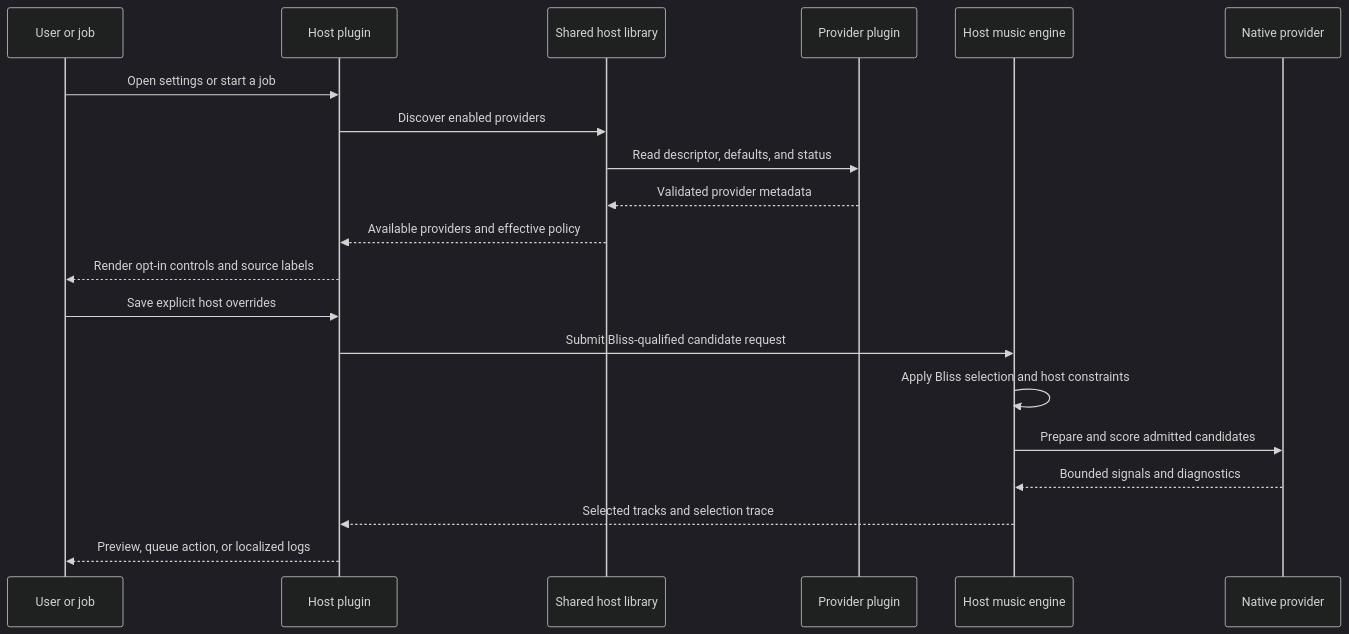
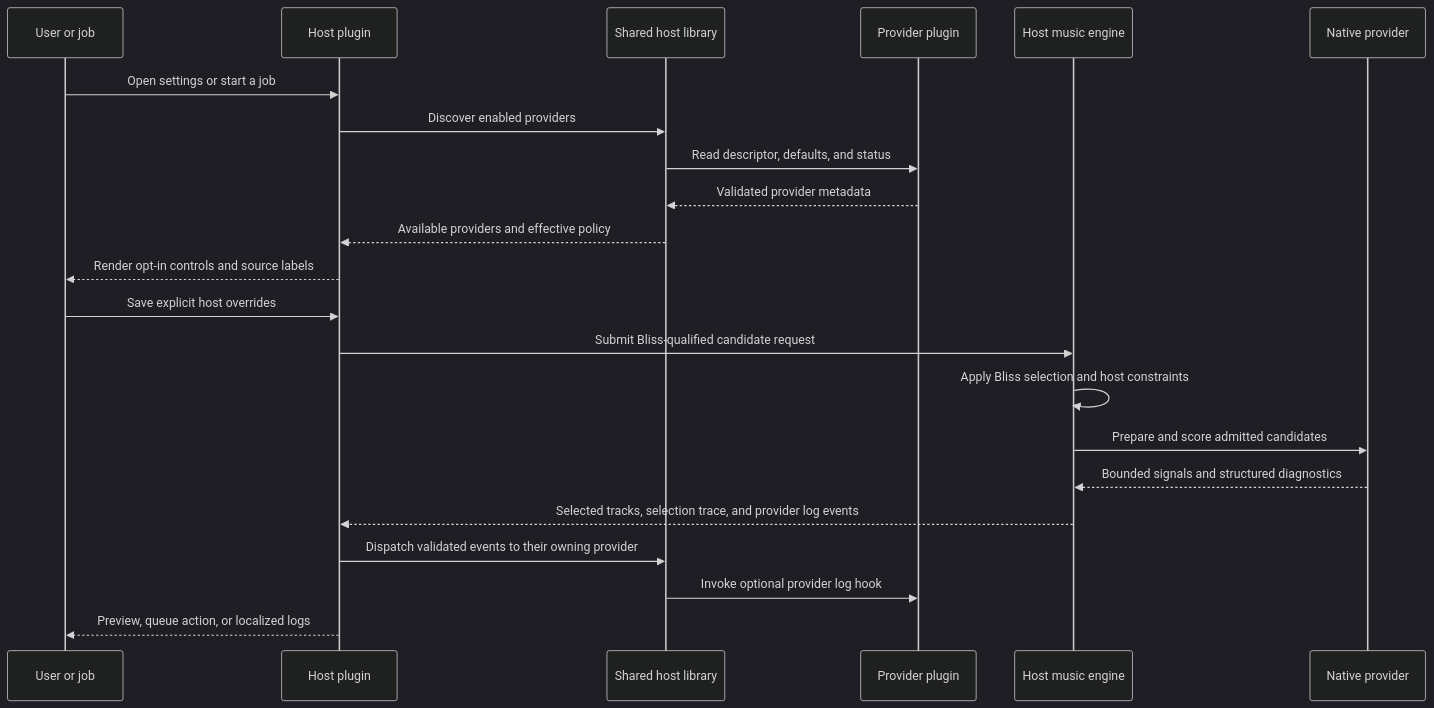
One commit to chrober/lms-bliss-guidance-host changed the second of 2 diagrams in README.md. Above: the diagram before and after it, drawn with Mermaid (dark theme). The commit also changed other lines of this file, not shown here.

Commit message:
docs: document provider observability flow

````diff
--- a/README.md
+++ b/README.md
@@ -45,24 +45,26 @@
 ```mermaid
 sequenceDiagram
     participant U as User or job
     participant H as Host plugin
     participant S as Shared host library
     participant P as Provider plugin
     participant E as Host music engine
     participant N as Native provider
 
     U->>H: Open settings or start a job
     H->>S: Discover enabled providers
     S->>P: Read descriptor, defaults, and status
     P-->>S: Validated provider metadata
     S-->>H: Available providers and effective policy
     H-->>U: Render opt-in controls and source labels
 
     U->>H: Save explicit host overrides
     H->>E: Submit Bliss-qualified candidate request
     E->>E: Apply Bliss selection and host constraints
     E->>N: Prepare and score admitted candidates
-    N-->>E: Bounded signals and diagnostics
-    E-->>H: Selected tracks and selection trace
+    N-->>E: Bounded signals and structured diagnostics
+    E-->>H: Selected tracks, selection trace, and provider log events
+    H->>S: Dispatch validated events to their owning provider
+    S->>P: Invoke optional provider log hook
     H-->>U: Preview, queue action, or localized logs
 ```
````
